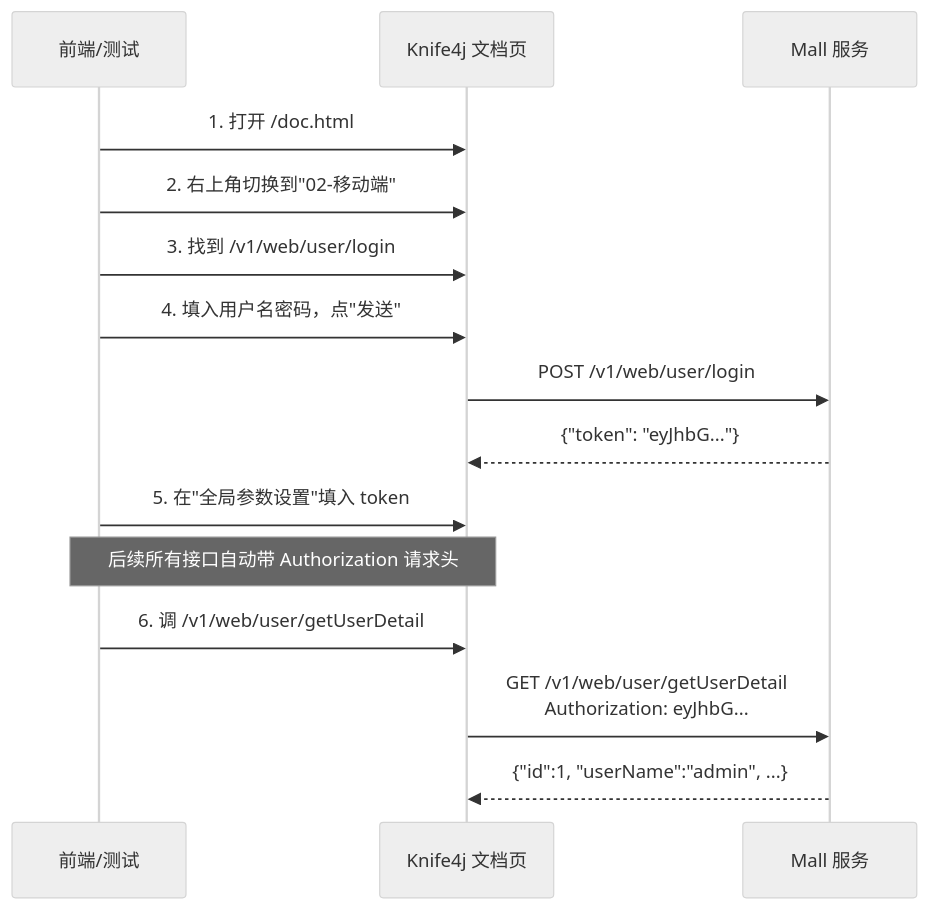
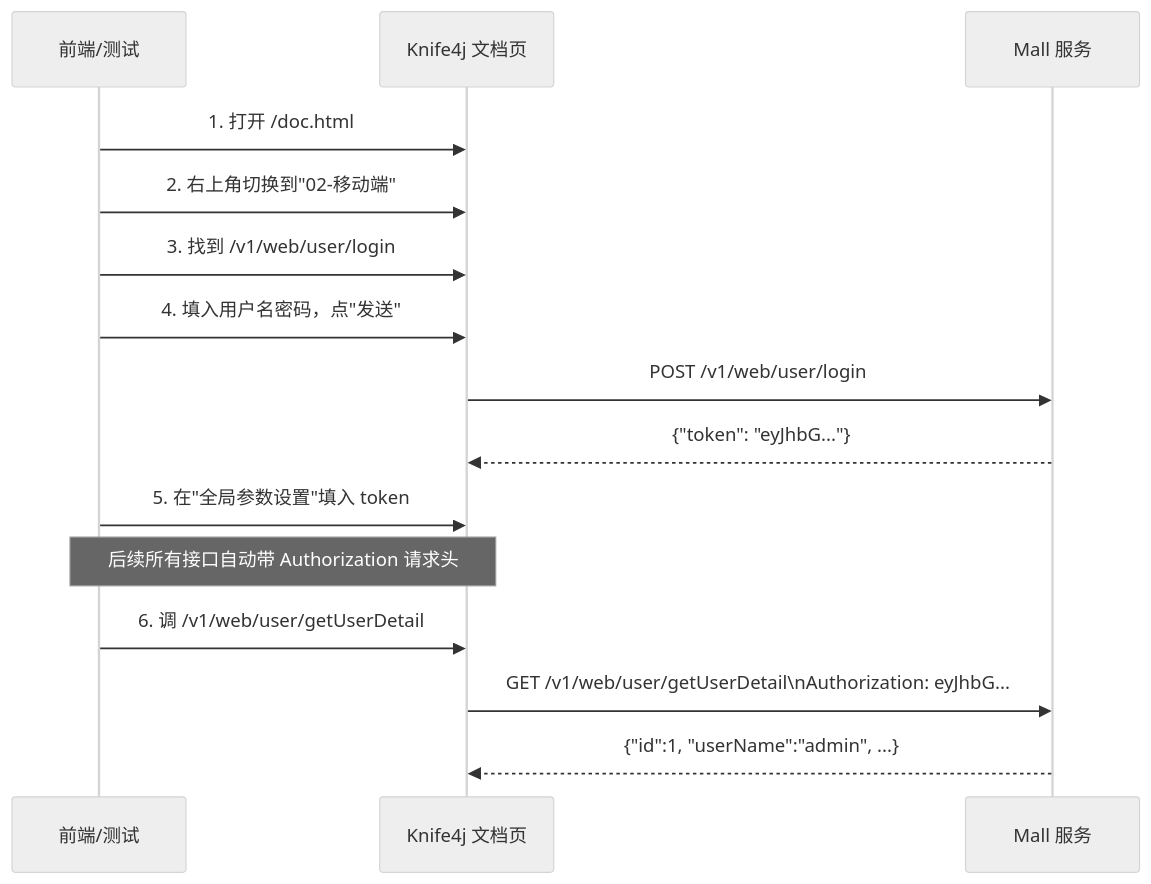
The second of 3 diagrams in content/posts/swagger/Knife4jSwaggerGuide.md (yaocat55/yaocat55.github.io), drawn with Mermaid (neutral theme) before and after one commit. The commit also changed other lines of this file and 155 other files, not shown here.

````diff
--- a/content/posts/swagger/Knife4jSwaggerGuide.md
+++ b/content/posts/swagger/Knife4jSwaggerGuide.md
@@ -356,18 +356,18 @@
 ```mermaid
 sequenceDiagram
     participant F as 前端/测试
     participant K as Knife4j 文档页
     participant S as Mall 服务
 
     F->>K: 1. 打开 /doc.html
     F->>K: 2. 右上角切换到"02-移动端"
     F->>K: 3. 找到 /v1/web/user/login
     F->>K: 4. 填入用户名密码，点"发送"
     K->>S: POST /v1/web/user/login
     S-->>K: {"token": "eyJhbG..."}
     F->>K: 5. 在"全局参数设置"填入 token
     Note over F,K: 后续所有接口自动带 Authorization 请求头
     F->>K: 6. 调 /v1/web/user/getUserDetail
-    K->>S: GET /v1/web/user/getUserDetail<br/>Authorization: eyJhbG...
+    K->>S: GET /v1/web/user/getUserDetail\nAuthorization: eyJhbG...
     S-->>K: {"id":1, "userName":"admin", ...}
 ```
````
